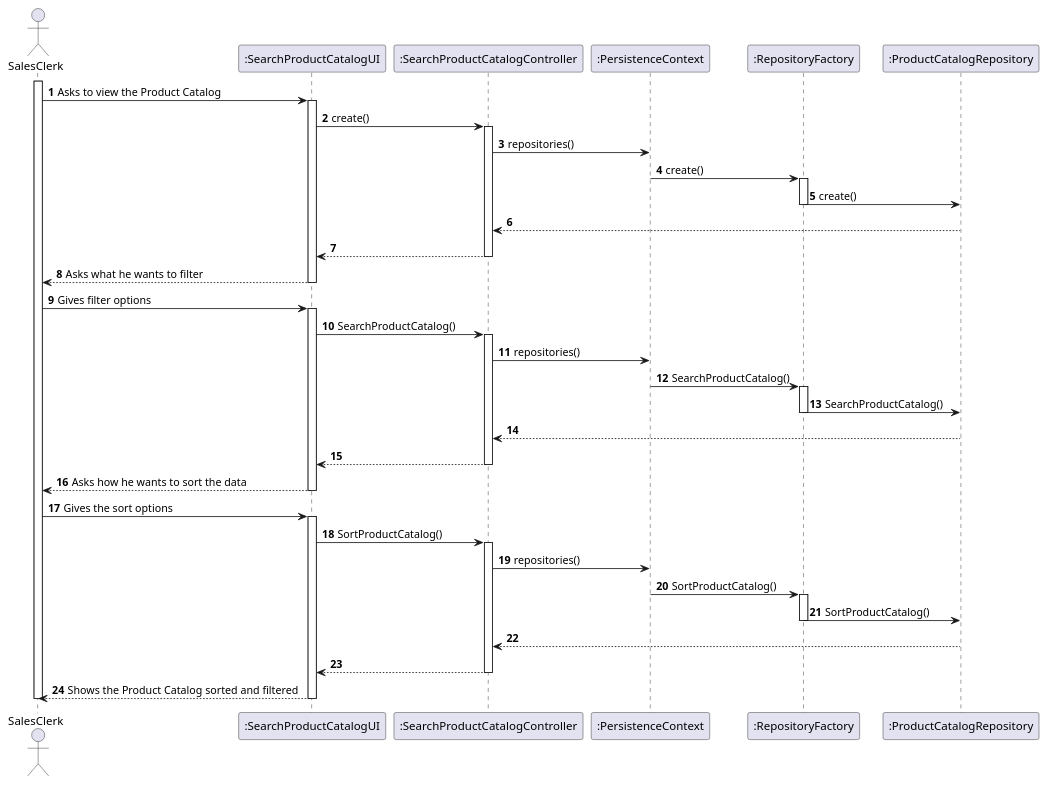
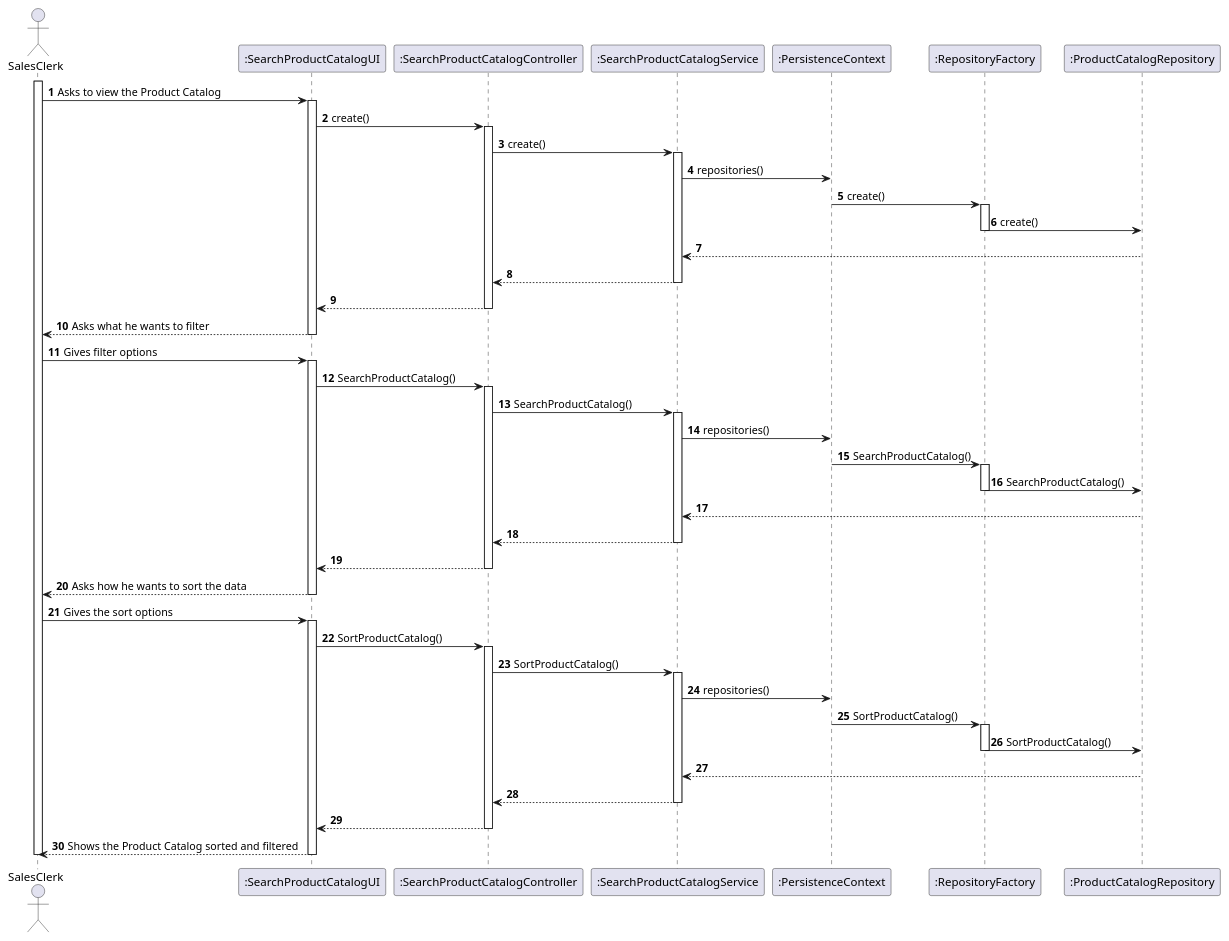
The diagram in Documentação/1200616/US1002/US1002_SD.puml (1190772/LAB-Project-4), drawn with PlantUML before and after one commit.

Commit message:
#3 US1002 SD Fix

```diff
--- a/Documentação/1200616/US1002/US1002_SD.puml
+++ b/Documentação/1200616/US1002/US1002_SD.puml
@@ -1,103 +1,122 @@
 @startuml
 
 autonumber
 
 actor "SalesClerk" as SC
 
 participant ":SearchProductCatalogUI" as UI
 participant ":SearchProductCatalogController" as CTRL
+participant ":SearchProductCatalogService" as SERV
 participant ":PersistenceContext" as PERS
 participant ":RepositoryFactory" as REPF
 participant ":ProductCatalogRepository" as REP
 
 
 activate SC
 
 SC -> UI : Asks to view the Product Catalog
 activate UI
 
 UI -> CTRL : create()
 activate CTRL
 
-CTRL -> PERS : repositories()
+CTRL -> SERV : create()
+activate SERV
+
+SERV -> PERS : repositories()
 
 PERS -> REPF : create()
 
 activate REPF
 
 REPF -> REP : create()
 
 deactivate REPF
 
-REP --> CTRL
+REP --> SERV
 
-deactivate REP
+
+SERV --> CTRL
+deactivate SERV
+
 
 CTRL --> UI
-
 deactivate CTRL
 
+
 UI --> SC : Asks what he wants to filter
-
+deactivate CTRL
 deactivate UI
 
+
 SC -> UI : Gives filter options
+
 activate UI
 
 UI -> CTRL : SearchProductCatalog()
 
 activate CTRL
 
-CTRL -> PERS : repositories()
+CTRL -> SERV : SearchProductCatalog()
+activate SERV
+
+SERV -> PERS : repositories()
 
 PERS -> REPF : SearchProductCatalog()
 
 activate REPF
 
 REPF -> REP : SearchProductCatalog()
 
 deactivate REPF
 
-REP --> CTRL
+REP --> SERV
+
+
+SERV --> CTRL
+deactivate SERV
+
 
 CTRL --> UI
+deactivate CTRL
 
-deactivate CTRL
 
 UI --> SC : Asks how he wants to sort the data
 
 deactivate UI
 
 SC -> UI : Gives the sort options
 activate UI
 
 UI -> CTRL : SortProductCatalog()
 
 activate CTRL
 
-CTRL -> PERS : repositories()
+CTRL -> SERV : SortProductCatalog()
+activate SERV
+
+SERV -> PERS : repositories()
 
 PERS -> REPF : SortProductCatalog()
 
 activate REPF
 
 REPF -> REP : SortProductCatalog()
 
 deactivate REPF
 
-REP --> CTRL
+REP --> SERV
 
-deactivate REP
+SERV --> CTRL
+deactivate SERV
 
 CTRL --> UI
-
 deactivate CTRL
 
 UI --> SC : Shows the Product Catalog sorted and filtered
 
 deactivate UI
 
-
 deactivate SC
 
 @enduml
```
